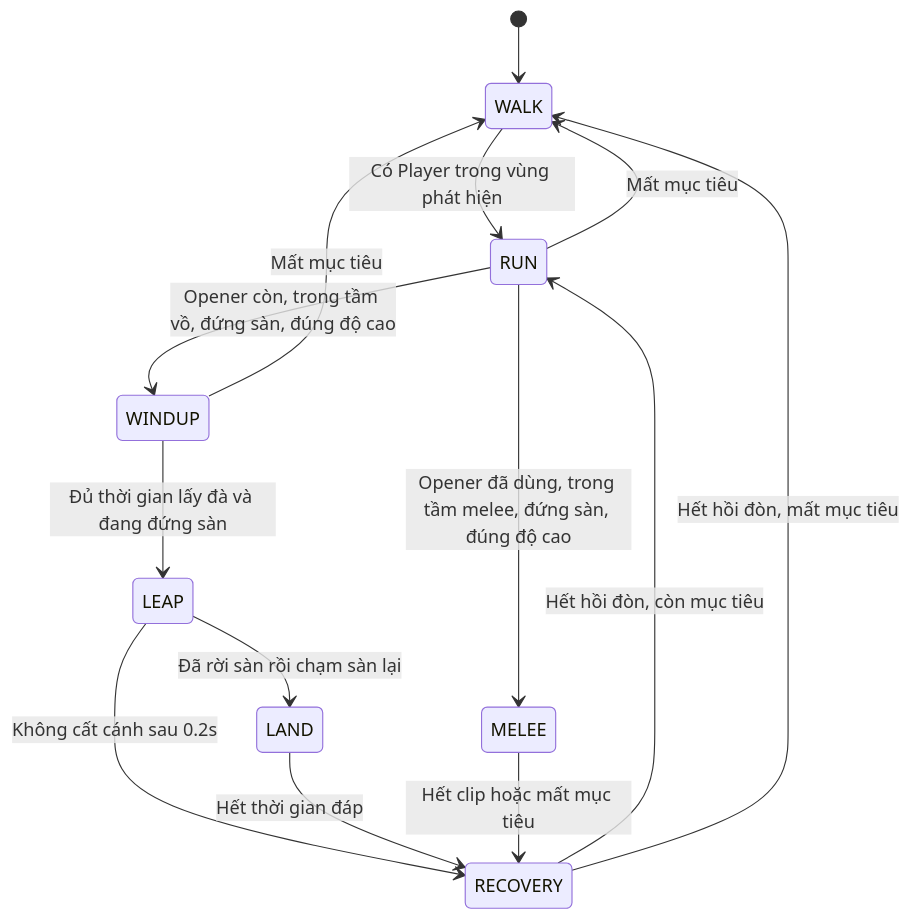
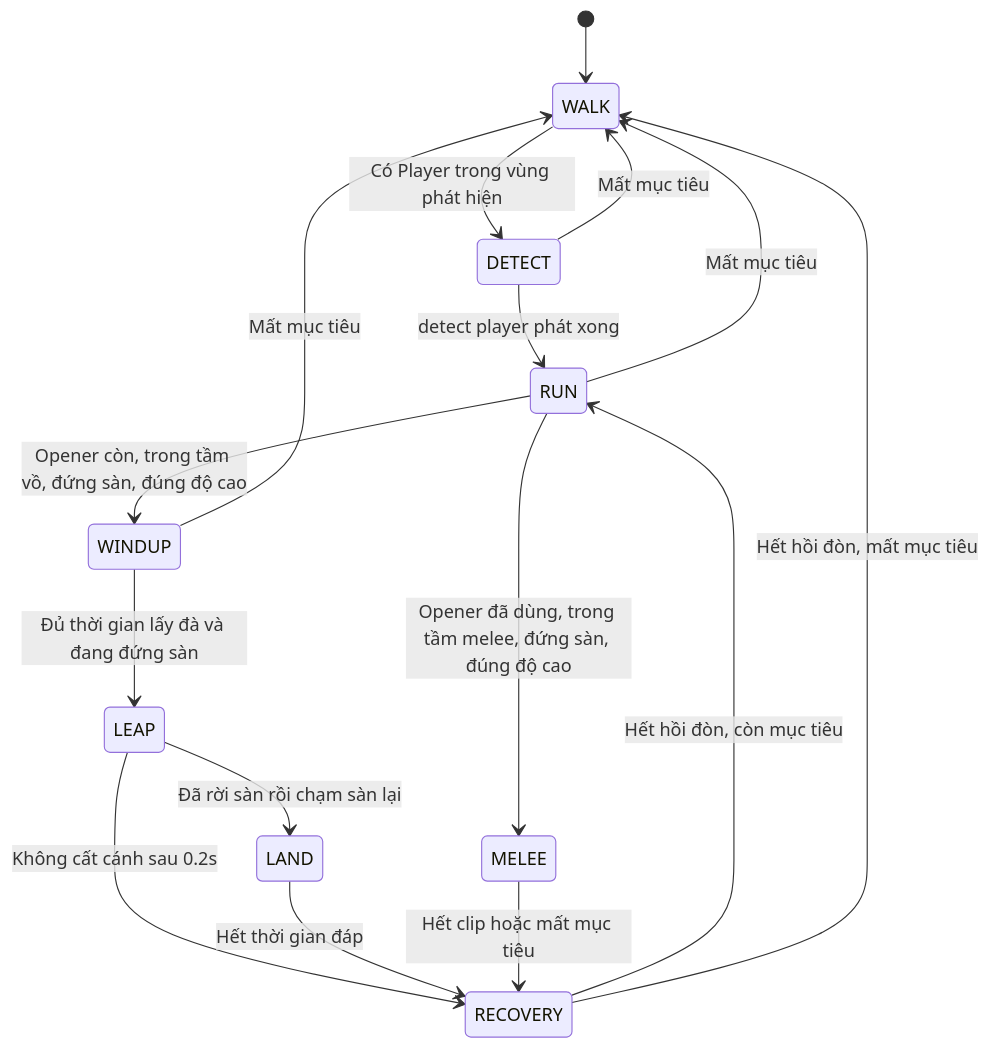
The diagram in Context/Bao_cao_ky_thuat/enemy_technical_report.md (Liebe-dev/soujourn--echoes-of-the-soul), drawn with Mermaid before and after one commit. The commit also changed other lines of this file and 45 other files, not shown here.

````diff
--- a/Context/Bao_cao_ky_thuat/enemy_technical_report.md
+++ b/Context/Bao_cao_ky_thuat/enemy_technical_report.md
@@ -133,16 +133,18 @@
 ```mermaid
 stateDiagram-v2
     [*] --> WALK
-    WALK --> RUN: Có Player trong vùng phát hiện
+    WALK --> DETECT: Có Player trong vùng phát hiện
+    DETECT --> RUN: detect player phát xong
+    DETECT --> WALK: Mất mục tiêu
     RUN --> WALK: Mất mục tiêu
     RUN --> WINDUP: Opener còn, trong tầm vồ, đứng sàn, đúng độ cao
     WINDUP --> LEAP: Đủ thời gian lấy đà và đang đứng sàn
     WINDUP --> WALK: Mất mục tiêu
     LEAP --> LAND: Đã rời sàn rồi chạm sàn lại
     LEAP --> RECOVERY: Không cất cánh sau 0.2s
     LAND --> RECOVERY: Hết thời gian đáp
     RUN --> MELEE: Opener đã dùng, trong tầm melee, đứng sàn, đúng độ cao
     MELEE --> RECOVERY: Hết clip hoặc mất mục tiêu
     RECOVERY --> RUN: Hết hồi đòn, còn mục tiêu
     RECOVERY --> WALK: Hết hồi đòn, mất mục tiêu
 ```
````
